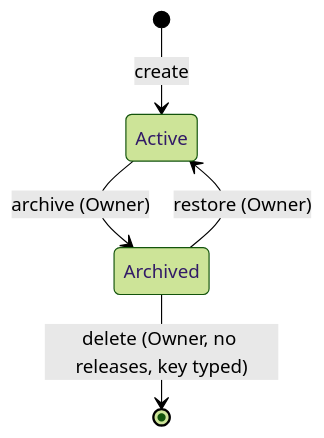
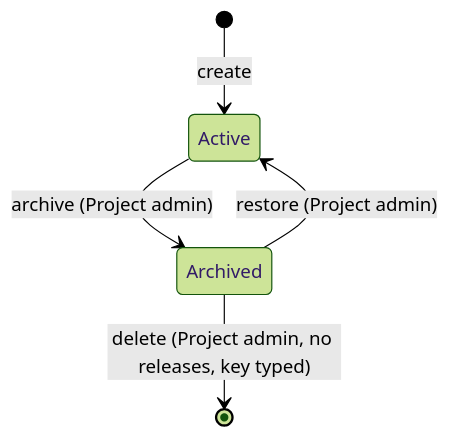
One commit to RITA-CHANN/qa-work-management changed the diagram in docs/design/basic/flows/FLW-PROJECT-03-archive-restore-delete.md. Above: the diagram before and after it, drawn with Mermaid (forest theme). The commit also changed other lines of this file and 59 other files, not shown here.

First line of the commit message:
docs: role model v2 (Project admin / Member + job title), ADR-0011

````diff
--- a/docs/design/basic/flows/FLW-PROJECT-03-archive-restore-delete.md
+++ b/docs/design/basic/flows/FLW-PROJECT-03-archive-restore-delete.md
@@ -38,7 +38,7 @@
 ```mermaid
 stateDiagram-v2
     [*] --> Active: create
-    Active --> Archived: archive (Owner)
-    Archived --> Active: restore (Owner)
-    Archived --> [*]: delete (Owner, no releases, key typed)
+    Active --> Archived: archive (Project admin)
+    Archived --> Active: restore (Project admin)
+    Archived --> [*]: delete (Project admin, no releases, key typed)
 ```
````
